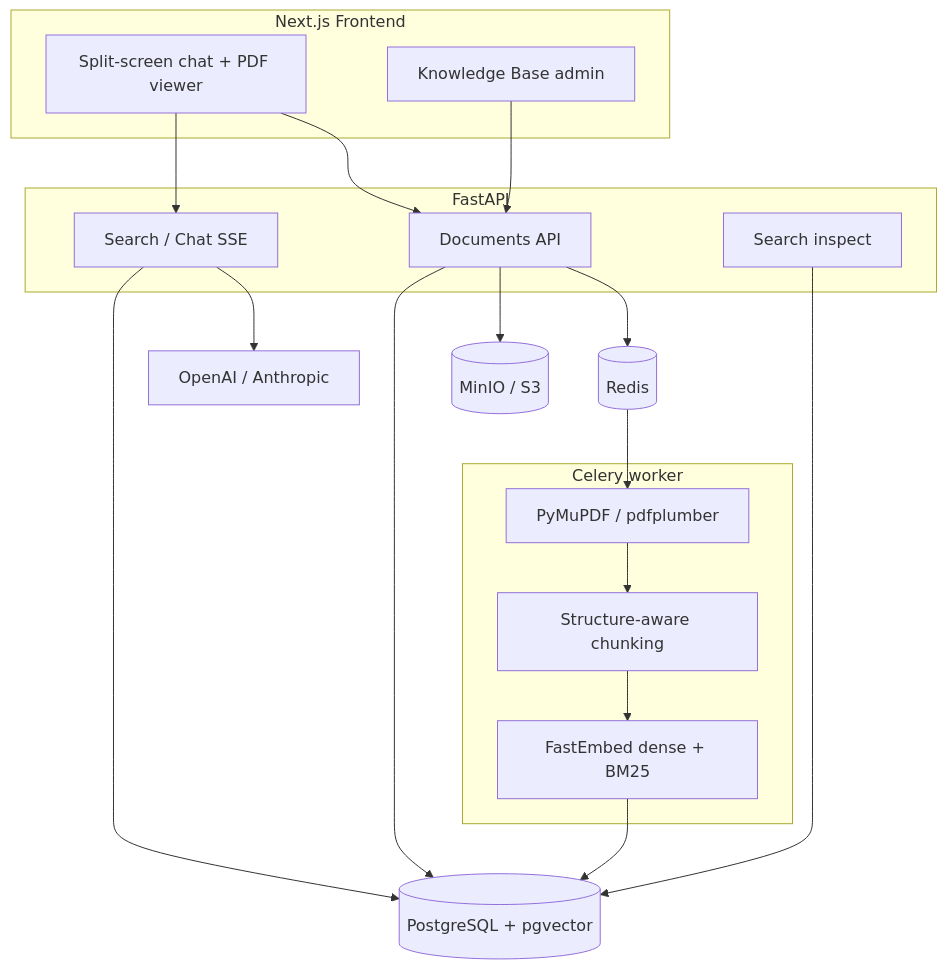
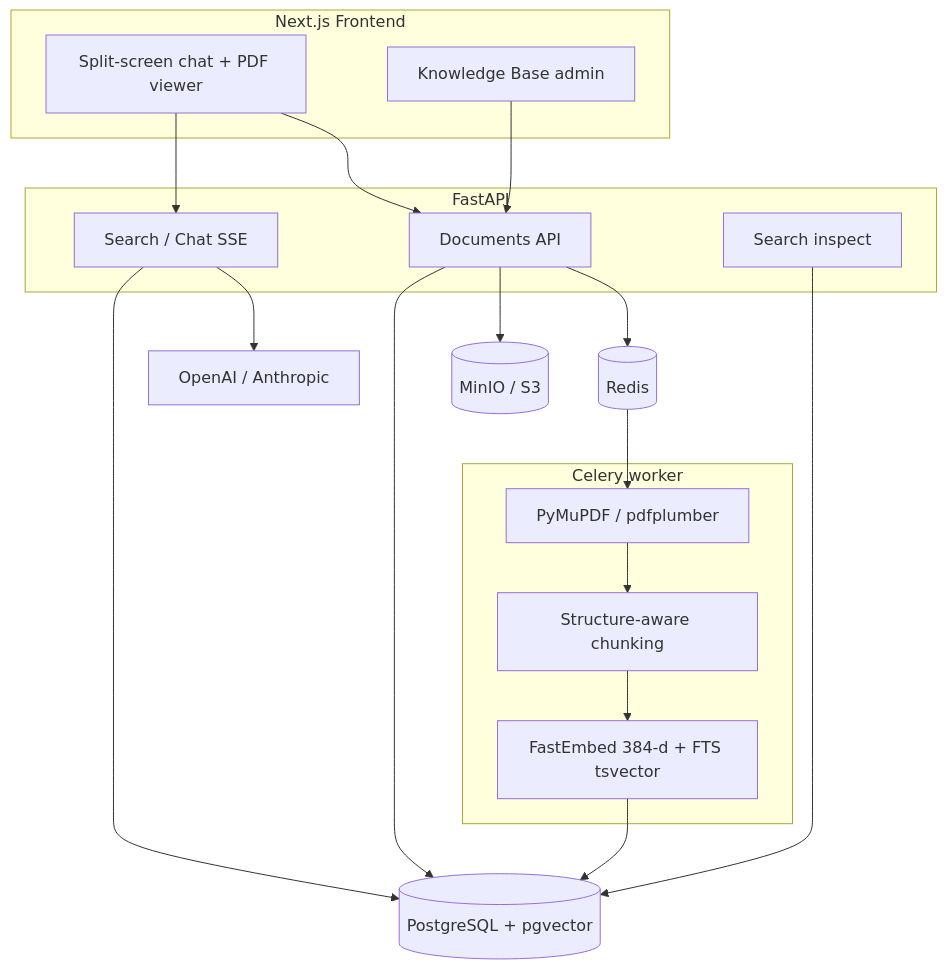
One commit to vladweat/docwise changed the diagram in docs/architecture.md. Above: the diagram before and after it, drawn with Mermaid. The commit also changed other lines of this file and 231 other files, not shown here.

````diff
--- a/docs/architecture.md
+++ b/docs/architecture.md
@@ -22,36 +22,36 @@
 ```mermaid
 flowchart TB
   subgraph client [Next.js Frontend]
     UI[Split-screen chat + PDF viewer]
     Admin[Knowledge Base admin]
   end
 
   subgraph api [FastAPI]
     Upload[Documents API]
     Chat[Search / Chat SSE]
     Inspect[Search inspect]
   end
 
   subgraph async [Celery worker]
     Parse[PyMuPDF / pdfplumber]
     Chunk[Structure-aware chunking]
-    Embed[FastEmbed dense + BM25]
+    Embed[FastEmbed 384-d + FTS tsvector]
   end
 
   PG[(PostgreSQL + pgvector)]
   S3[(MinIO / S3)]
   Redis[(Redis)]
   LLM[OpenAI / Anthropic]
 
   UI --> Chat
   Admin --> Upload
   Upload --> PG
   Upload --> S3
   Upload --> Redis
   Redis --> Parse
   Parse --> Chunk --> Embed --> PG
   Chat --> PG
   Chat --> LLM
   Inspect --> PG
   UI --> Upload
 ```
````
